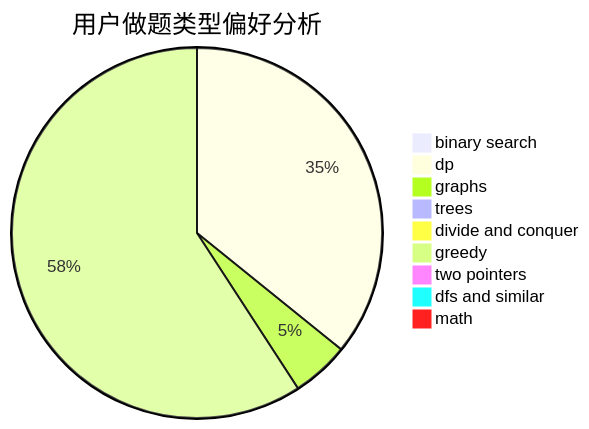
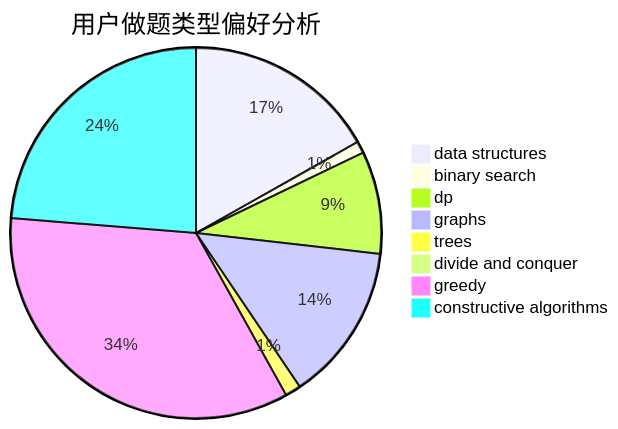
The second of 3 diagrams in docs/user/u1221.md (sherpahu/cfrs.github.io), drawn with Mermaid before and after one commit. The commit also changed other lines of this file and 2775 other files, not shown here.

````diff
--- a/docs/user/u1221.md
+++ b/docs/user/u1221.md
@@ -23,12 +23,11 @@
 ```mermaid
 pie title 用户做题类型偏好分析
-    "binary search" :  8
-    "dp" :  443
-    "graphs" :  62
+    "data structures" :  49
+    "binary search" :  3
+    "dp" :  26
+    "graphs" :  40
     "trees" :  4
     "divide and conquer" :  0
-    "greedy" :  732
-    "two pointers" :  7
-    "dfs and similar" :  4
-    "math" :  4
+    "greedy" :  100
+    "constructive algorithms" :  69
 ```
````
